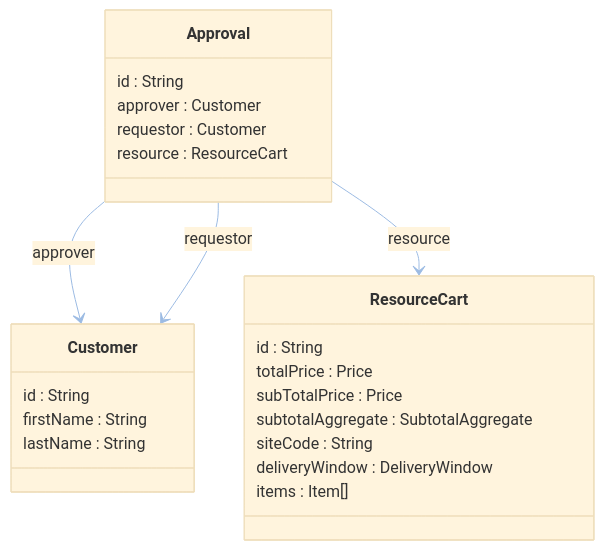
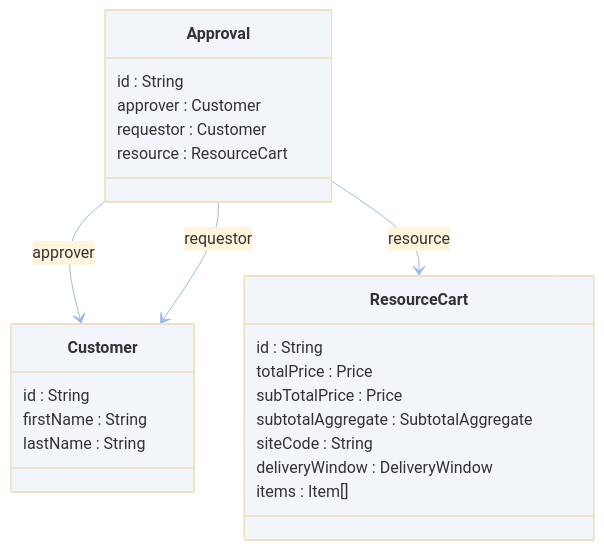
The first of 4 diagrams in companies-and-customers/approval-service/approval.md (emporix/api-references), drawn with Mermaid before and after one commit.

````diff
--- a/companies-and-customers/approval-service/approval.md
+++ b/companies-and-customers/approval-service/approval.md
@@ -12,40 +12,47 @@
 ```mermaid
 ---
 config:
   layout: fixed
   theme: base
   look: classic
   themeVariables:
     background: transparent
     lineColor: "#9CBBE3"
     arrowheadColor: "#9CBBE3"
     edgeLabelBackground: "#FFC128" 
     edgeLabelTextColor: "#4C5359"
 ---
 classDiagram
     class Approval {
         id : String
         approver : Customer
         requestor : Customer
         resource : ResourceCart
     }
 
     class Customer {
         id : String
         firstName : String
         lastName : String
     }
 
     class ResourceCart {
         id : String
         totalPrice : Price
         subTotalPrice : Price
         subtotalAggregate : SubtotalAggregate
         siteCode : String
         deliveryWindow : DeliveryWindow
         items : Item[]
     }
     Approval --> Customer : approver
     Approval --> Customer : requestor
     Approval --> ResourceCart : resource
+
+    class Approval
+    class Customer
+    class ResourceCart
+    style Approval fill:#F2F6FA
+    style Customer fill:#F2F6FA
+    style ResourceCart fill:#F2F6FA
   ```
````
